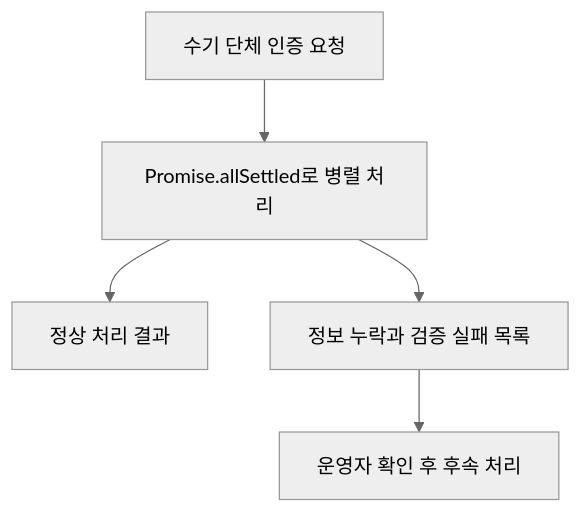
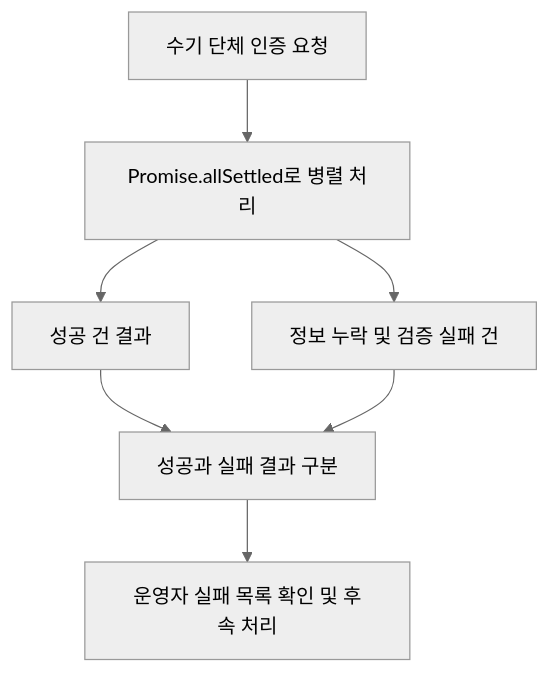
Before and after one commit to KimHG1995/work-history: the second of 2 diagrams in projects/public-education/attendance.md, drawn with Mermaid (neutral theme).

Commit message:
docs: refine existing diagrams using documented behavior

````diff
--- a/projects/public-education/attendance.md
+++ b/projects/public-education/attendance.md
@@ -53,7 +53,9 @@
 ```mermaid
 flowchart TB
     group["수기 단체 인증 요청"] --> parallel["Promise.allSettled로 병렬 처리"]
-    parallel --> success["정상 처리 결과"]
-    parallel --> failed["정보 누락과 검증 실패 목록"]
-    failed --> operator["운영자 확인 후 후속 처리"]
+    parallel --> success["성공 건 결과"]
+    parallel --> failed["정보 누락 및 검증 실패 건"]
+    success --> result["성공과 실패 결과 구분"]
+    failed --> result
+    result --> operator["운영자 실패 목록 확인 및 후속 처리"]
 ```
````
